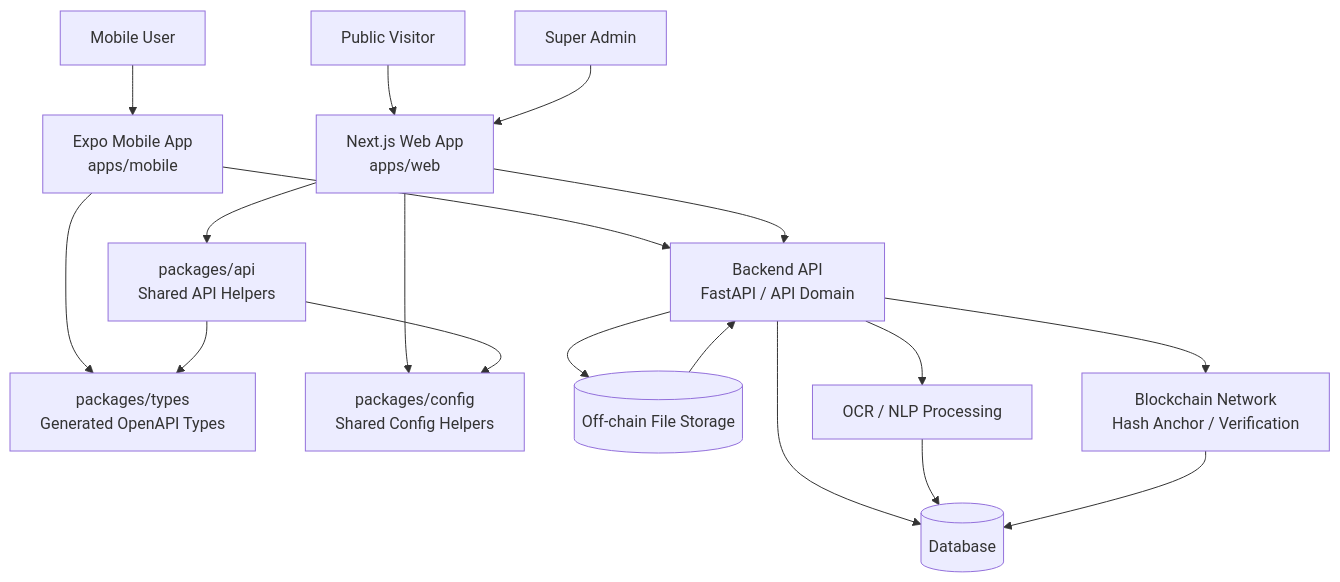
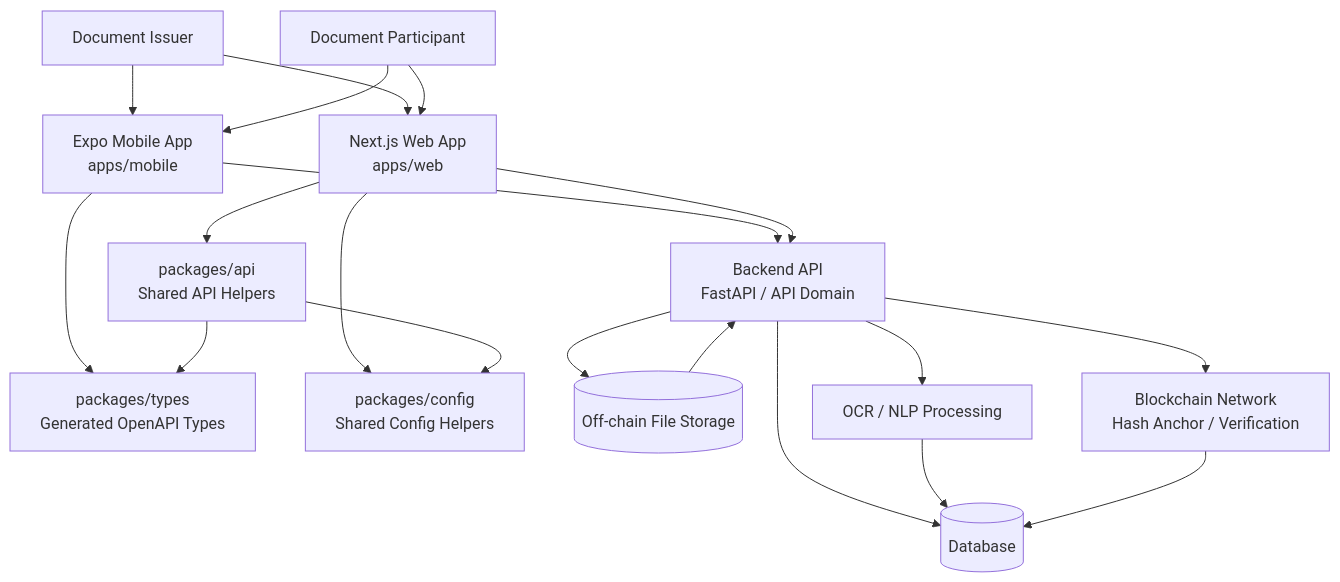
Before and after one commit to agustinelumandong/LexChain: the first of 18 diagrams in docs/LEXCHAIN-WORKFLOW-FLOWCHARTS.md, drawn with Mermaid. The commit also changed other lines of this file and 6 other files, not shown here.

````diff
--- a/docs/LEXCHAIN-WORKFLOW-FLOWCHARTS.md
+++ b/docs/LEXCHAIN-WORKFLOW-FLOWCHARTS.md
@@ -9,24 +9,25 @@
 ```mermaid
 flowchart TB
-  User[Mobile User] --> Mobile[Expo Mobile App<br/>apps/mobile]
-  Public[Public Visitor] --> Web[Next.js Web App<br/>apps/web]
-  Admin[Super Admin] --> Web
+  Issuer[Document Issuer] --> Mobile[Expo Mobile App<br/>apps/mobile]
+  Issuer --> Web[Next.js Web App<br/>apps/web]
+  Participant[Document Participant] --> Mobile
+  Participant --> Web
 
   Mobile --> SharedTypes[packages/types<br/>Generated OpenAPI Types]
   Web --> SharedApi[packages/api<br/>Shared API Helpers]
   Web --> SharedConfig[packages/config<br/>Shared Config Helpers]
   SharedApi --> SharedTypes
   SharedApi --> SharedConfig
 
   Mobile --> Backend[Backend API<br/>FastAPI / API Domain]
   Web --> Backend
 
   Backend --> Storage[(Off-chain File Storage)]
   Backend --> Database[(Database)]
   Backend --> Processing[OCR / NLP Processing]
   Backend --> Blockchain[Blockchain Network<br/>Hash Anchor / Verification]
 
   Storage --> Backend
   Processing --> Database
   Blockchain --> Database
 ```
````
